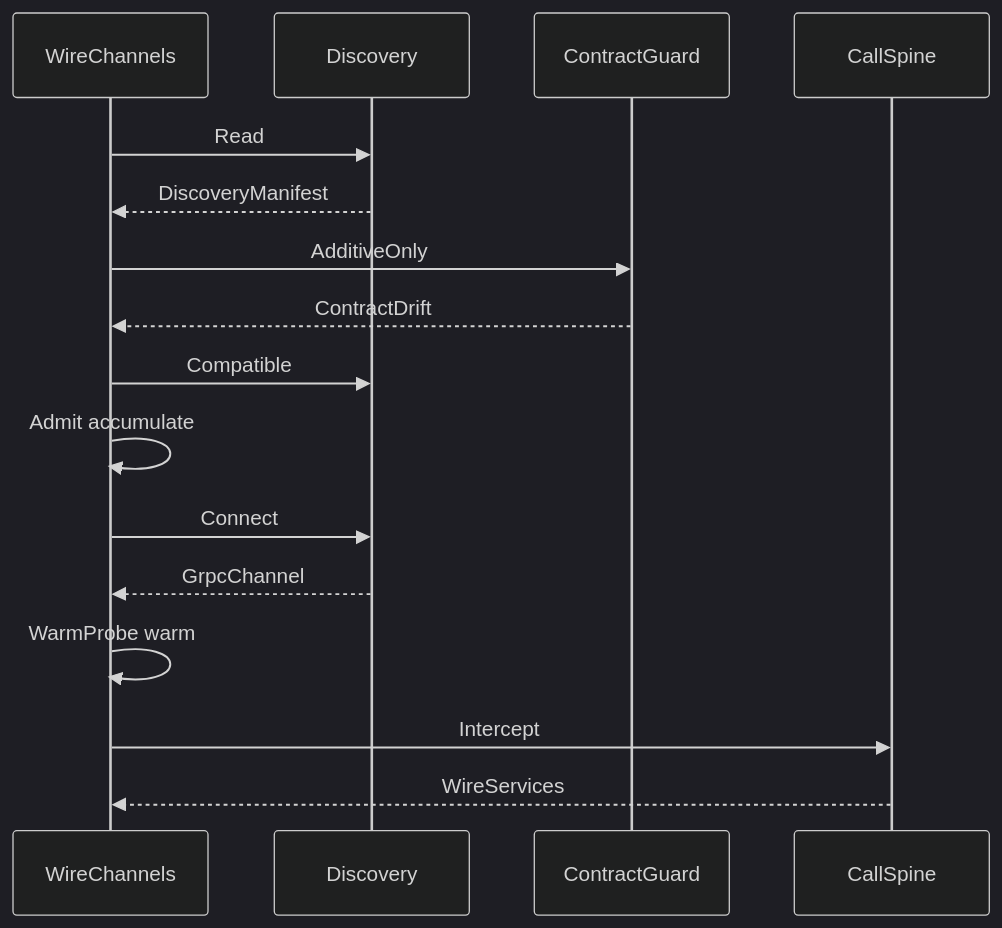
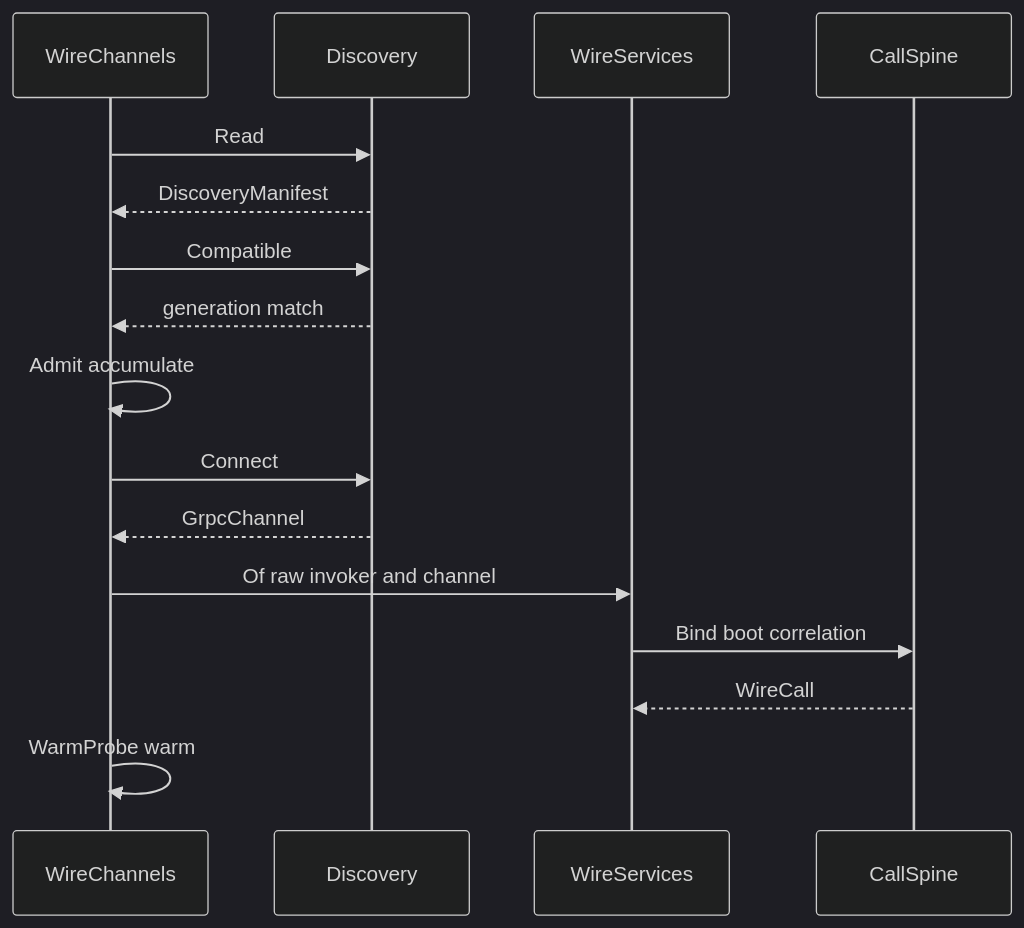
Before and after one commit to bsamiee/Rasm: the diagram in libs/csharp/Rasm.Compute/.planning/Runtime/channels.md, drawn with Mermaid (dark theme). The commit also changed other lines of this file and 820 other files, not shown here.

````diff
--- a/libs/csharp/Rasm.Compute/.planning/Runtime/channels.md
+++ b/libs/csharp/Rasm.Compute/.planning/Runtime/channels.md
@@ -364,20 +368,20 @@
 ```mermaid
 sequenceDiagram
     accTitle: Wire channel discovery, contract guard, and call-spine interception
-    accDescr: Wire channels read the discovery manifest, prove additive-only contract compatibility, accumulate the three admission columns, connect a warmed channel, and intercept the call spine.
+    accDescr: Wire channels read the discovery manifest, prove the peer advertises the local contract generation, accumulate the three admission columns, connect a warmed channel, and intercept the call spine.
     participant WireChannels
     participant Discovery
-    participant ContractGuard
+    participant WireServices
     participant CallSpine
     WireChannels->>Discovery: Read
     Discovery-->>WireChannels: DiscoveryManifest
-    WireChannels->>ContractGuard: AdditiveOnly
-    ContractGuard-->>WireChannels: ContractDrift
     WireChannels->>Discovery: Compatible
+    Discovery-->>WireChannels: generation match
     WireChannels->>WireChannels: Admit accumulate
     WireChannels->>Discovery: Connect
     Discovery-->>WireChannels: GrpcChannel
+    WireChannels->>WireServices: Of raw invoker and channel
+    WireServices->>CallSpine: Bind boot correlation
+    CallSpine-->>WireServices: WireCall
     WireChannels->>WireChannels: WarmProbe warm
-    WireChannels->>CallSpine: Intercept
-    CallSpine-->>WireChannels: WireServices
 ```
````
